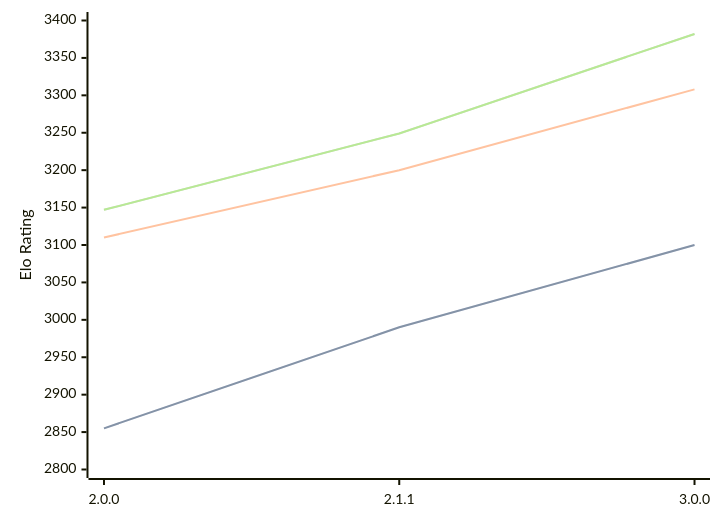
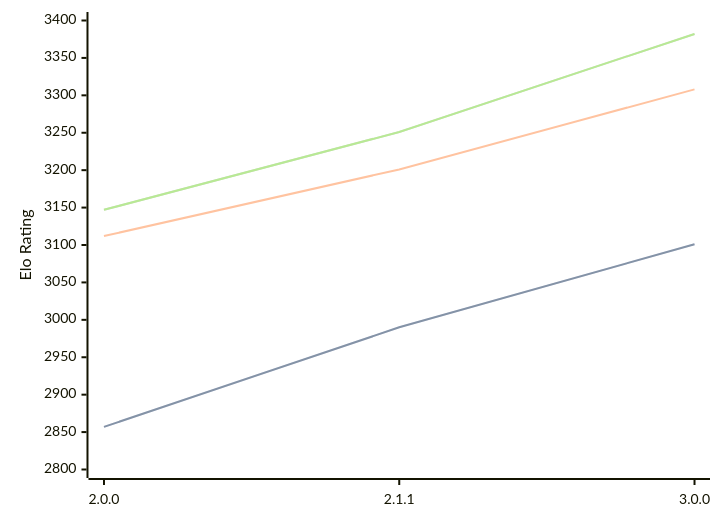
Before and after one commit to computer-chess-index/cci: the diagram in engines/Bread.md, drawn with Mermaid. The commit also changed other lines of this file, not shown here.

Commit message:
Update CCI Ratings (ELO VLTC) - 2026-08-21

````diff
--- a/engines/Bread.md
+++ b/engines/Bread.md
@@ -36,11 +36,11 @@
 ```mermaid
 %%{init: {"theme":"base","themeVariables":{"seriesColors:['#a3a3a3','#222221','#faa371']}}}%%
 xychart-beta
   x-axis ["2.0.0", "2.1.1", "3.0.0"]
   y-axis "Elo Rating" 2800 --> 3400
-  line "STC (8.0+0.08s)" [2855, 2990, 3100]
-  line "STC (8.0+0.08s)" [2855, 2990, 3100]
-  line "LTC (60.0+0.60s)" [3110, 3200, 3308]
-  line "VLTC (2m24s+1.12s)" [3147, 3249, 3382]
-  line "VLTC (2m24s+1.12s)" [3147, 3249, 3382]
+  line "STC (8.0+0.08s)" [2857, 2990, 3101]
+  line "STC (8.0+0.08s)" [2857, 2990, 3101]
+  line "LTC (60.0+0.60s)" [3112, 3201, 3308]
+  line "VLTC (2m24s+1.12s)" [3147, 3251, 3382]
+  line "VLTC (2m24s+1.12s)" [3147, 3251, 3382]
 ```
````
